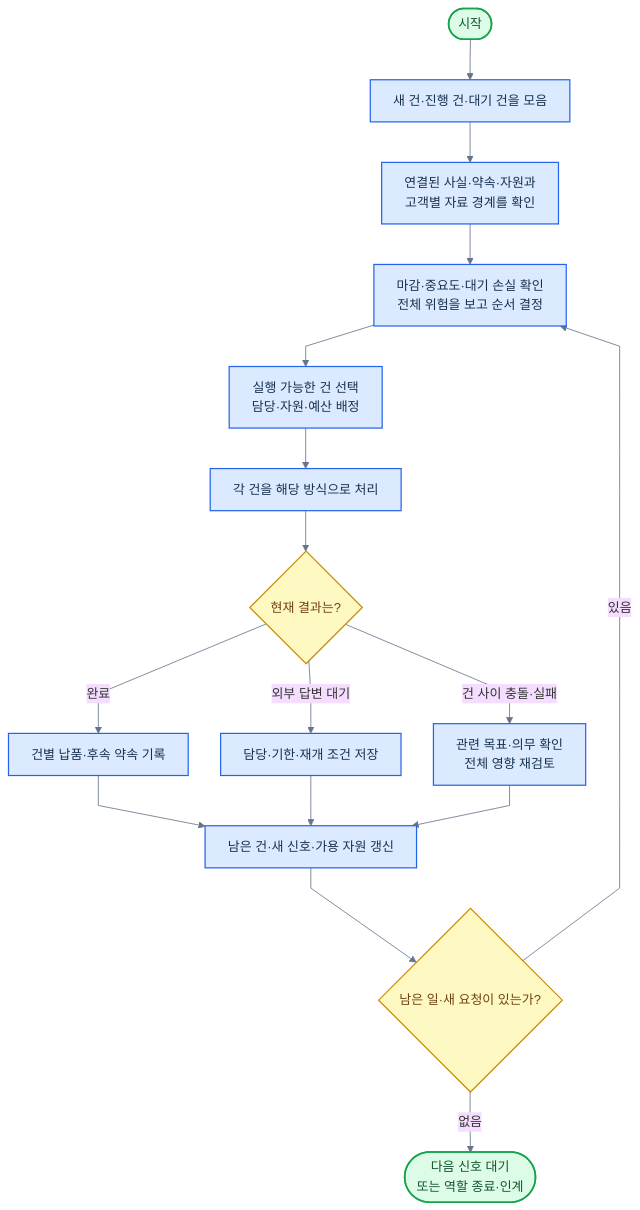
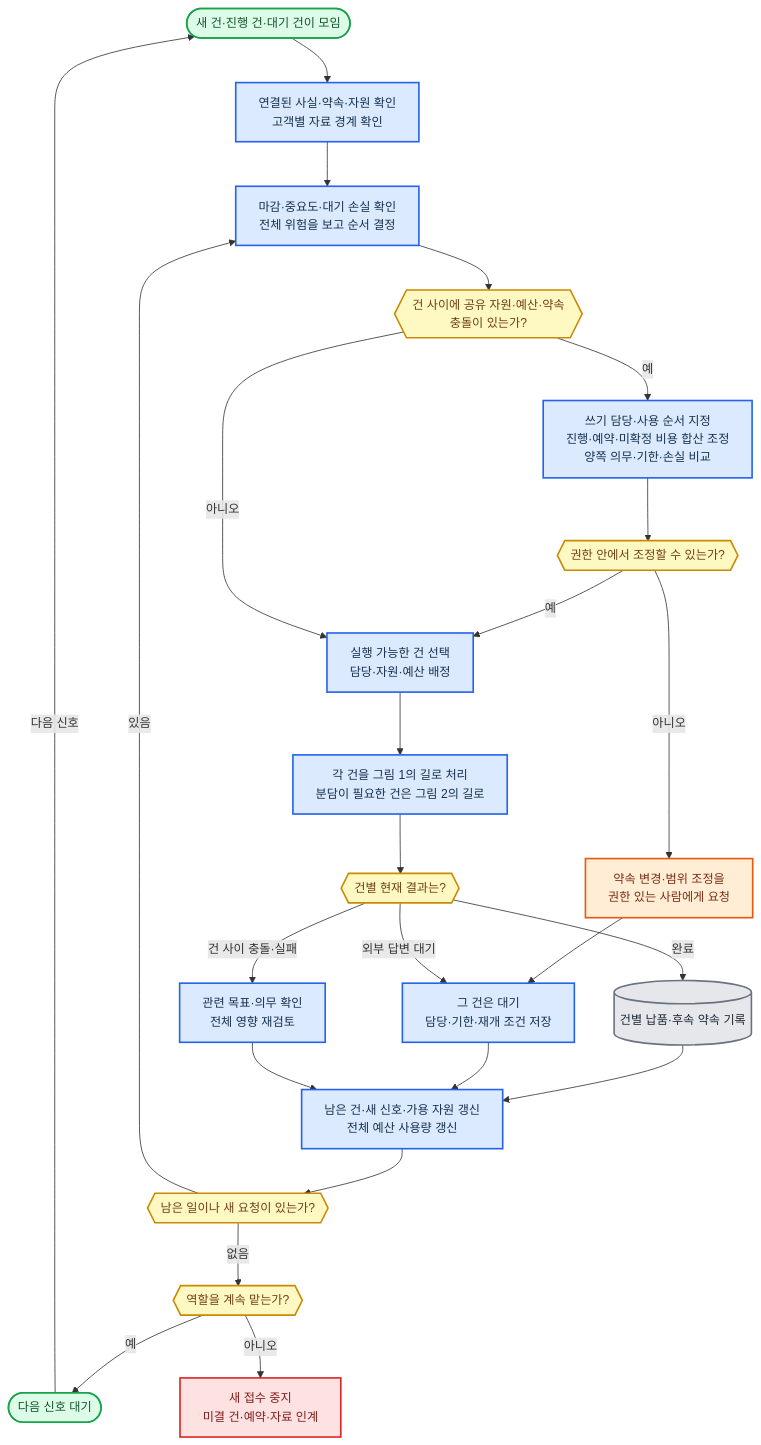
The third of 3 diagrams in 전문가 에이전트 정의 2.md (harisbaguette/expert), drawn with Mermaid before and after one commit. The commit also changed other lines of this file and 1 other file, not shown here.

Commit message:
정의 2 사용 구조의 순서도 17장을 상황별 3장으로 통합 — 그림 1 한 명에게 맡기는 흐름(경우 1~5·맡기기 전 확인·재료 호출·대기·재개), 그림 2 여럿이 나눠 맡는 흐름(경우 6~12), 그림 3 여러 건을 함께 처리하는 흐름(경우 13). 경우별 설명·재료 연결·확인은 표로 옮기고 목차·앵커·도형 설명 수정. 다른 세션이 넣은 절 사이 구분선(---)도 함께 포함

````diff
--- a/전문가 에이전트 정의 2.md
+++ b/전문가 에이전트 정의 2.md
@@ -604,30 +380,45 @@
 ```mermaid
-%%{init: {"theme":"base","themeVariables":{"fontFamily":"Arial, sans-serif","fontSize":"16px","lineColor":"#64748b"},"flowchart":{"curve":"linear","nodeSpacing":40,"rankSpacing":50,"padding":14,"wrappingWidth":240,"useMaxWidth":true}}}%%
+%%{init: {"flowchart": {"wrappingWidth": 640, "curve": "basis", "nodeSpacing": 45, "rankSpacing": 55, "padding": 14, "useMaxWidth": true}, "themeVariables": {"fontSize": "15px"}} }%%
 flowchart TB
-    S(["시작"])
-    A["새 건·진행 건·대기 건을 모음"]
-    B["연결된 사실·약속·자원과<br/>고객별 자료 경계를 확인"]
-    C["마감·중요도·대기 손실 확인<br/>전체 위험을 보고 순서 결정"]
-    D["실행 가능한 건 선택<br/>담당·자원·예산 배정"]
-    E["각 건을 해당 방식으로 처리"]
-    F{"현재 결과는?"}
-    G["건별 납품·후속 약속 기록"]
-    H["담당·기한·재개 조건 저장"]
-    I["관련 목표·의무 확인<br/>전체 영향 재검토"]
-    J["남은 건·새 신호·가용 자원 갱신"]
-    K{"남은 일·새 요청이 있는가?"}
-    Z(["다음 신호 대기<br/>또는 역할 종료·인계"])
-    S --> A --> B --> C --> D --> E --> F
-    F -->|완료| G --> J
-    F -->|외부 답변 대기| H --> J
-    F -->|건 사이 충돌·실패| I --> J
-    J --> K
-    K -->|있음| C
-    K -->|없음| Z
-    classDef default fill:#dbeafe,stroke:#2563eb,stroke-width:1.5px,color:#17314f
-    classDef term fill:#dcfce7,stroke:#16a34a,stroke-width:2px,color:#14532d
+    accTitle: 그림 3 여러 건을 함께 처리하는 흐름
+    accDescr: 건을 모아 경계·순서·충돌을 조정하고 건마다 처리·판정한 뒤 다음 신호나 역할 종료로 이어지는 세로 순서도.
+    START(["새 건·진행 건·대기 건이 모임"]):::good
+    BOUND["연결된 사실·약속·자원 확인<br/>고객별 자료 경계 확인"]:::main
+    PRIORITY["마감·중요도·대기 손실 확인<br/>전체 위험을 보고 순서 결정"]:::main
+    CONFLICT_Q{{"건 사이에 공유 자원·예산·약속<br/>충돌이 있는가?"}}:::note
+    RESOLVE["쓰기 담당·사용 순서 지정<br/>진행·예약·미확정 비용 합산 조정<br/>양쪽 의무·기한·손실 비교"]:::main
+    AUTH_Q{{"권한 안에서 조정할 수 있는가?"}}:::note
+    ASK["약속 변경·범위 조정을<br/>권한 있는 사람에게 요청"]:::back
+    HOLD["그 건은 대기<br/>담당·기한·재개 조건 저장"]:::main
+    PICK["실행 가능한 건 선택<br/>담당·자원·예산 배정"]:::main
+    RUN["각 건을 그림 1의 길로 처리<br/>분담이 필요한 건은 그림 2의 길로"]:::main
+    RES_Q{{"건별 현재 결과는?"}}:::note
+    DONE1[("건별 납품·후속 약속 기록")]:::store
+    RECHECK["관련 목표·의무 확인<br/>전체 영향 재검토"]:::main
+    UPDATE["남은 건·새 신호·가용 자원 갱신<br/>전체 예산 사용량 갱신"]:::main
+    MORE_Q{{"남은 일이나 새 요청이 있는가?"}}:::note
+    ROLE_Q{{"역할을 계속 맡는가?"}}:::note
+    IDLE(["다음 신호 대기"]):::good
+    CLOSE["새 접수 중지<br/>미결 건·예약·자료 인계"]:::stop
+
+    START --> BOUND --> PRIORITY --> CONFLICT_Q
+    CONFLICT_Q -->|예| RESOLVE --> AUTH_Q
+    AUTH_Q -->|예| PICK
+    AUTH_Q -->|아니오| ASK --> HOLD
+    CONFLICT_Q -->|아니오| PICK
+    PICK --> RUN --> RES_Q
+    RES_Q -->|완료| DONE1 --> UPDATE
+    RES_Q -->|외부 답변 대기| HOLD --> UPDATE
+    RES_Q -->|건 사이 충돌·실패| RECHECK --> UPDATE
+    UPDATE --> MORE_Q
+    MORE_Q -->|있음| PRIORITY
+    MORE_Q -->|없음| ROLE_Q
+    ROLE_Q -->|예| IDLE -->|다음 신호| START
+    ROLE_Q -->|아니오| CLOSE
+    classDef main fill:#dbeafe,stroke:#2563eb,stroke-width:2px,color:#17314f
     classDef stop fill:#fee2e2,stroke:#dc2626,stroke-width:2px,color:#7f1d1d
-    classDef dec fill:#fef9c3,stroke:#ca8a04,stroke-width:1.5px,color:#713f12
-    class S,Z term
-    class F,K dec
+    classDef back fill:#ffedd5,stroke:#ea580c,stroke-width:2px,color:#7c2d12
+    classDef store fill:#e5e7eb,stroke:#6b7280,stroke-width:2px,color:#1f2937
+    classDef good fill:#dcfce7,stroke:#16a34a,stroke-width:2px,color:#14532d
+    classDef note fill:#fef9c3,stroke:#ca8a04,stroke-width:2px,color:#713f12
 ```
````
